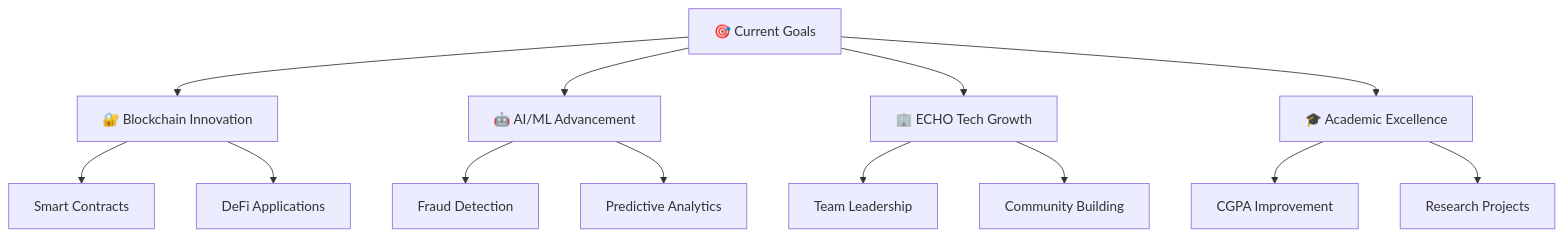
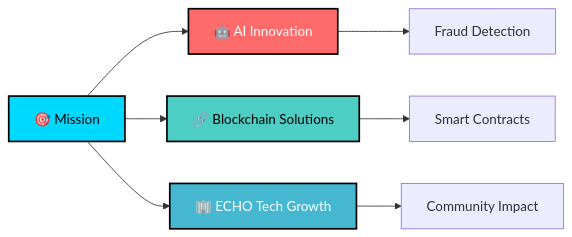
Before and after one commit to iSHOURIYA/iSHOURIYA: the diagram in README.md, drawn with Mermaid. The commit also changed other lines of this file, not shown here.

````diff
--- a/README.md
+++ b/README.md
@@ -163,19 +117,15 @@
 ```mermaid
-graph TD
-    A[🎯 Current Goals] --> B[🔐 Blockchain Innovation]
-    A --> C[🤖 AI/ML Advancement]
+graph LR
+    A[🎯 Mission] --> B[🤖 AI Innovation]
+    A --> C[🔗 Blockchain Solutions]
     A --> D[🏢 ECHO Tech Growth]
-    A --> E[🎓 Academic Excellence]
     
-    B --> F[Smart Contracts]
-    B --> G[DeFi Applications]
+    B --> E[Fraud Detection]
+    C --> F[Smart Contracts]
+    D --> G[Community Impact]
     
-    C --> H[Fraud Detection]
-    C --> I[Predictive Analytics]
-    
-    D --> J[Team Leadership]
-    D --> K[Community Building]
-    
-    E --> L[CGPA Improvement]
-    E --> M[Research Projects]
+    style A fill:#00D9FF,stroke:#000,stroke-width:2px,color:#000
+    style B fill:#FF6B6B,stroke:#000,stroke-width:2px,color:#fff
+    style C fill:#4ECDC4,stroke:#000,stroke-width:2px,color:#000
+    style D fill:#45B7D1,stroke:#000,stroke-width:2px,color:#fff
 ```
````
